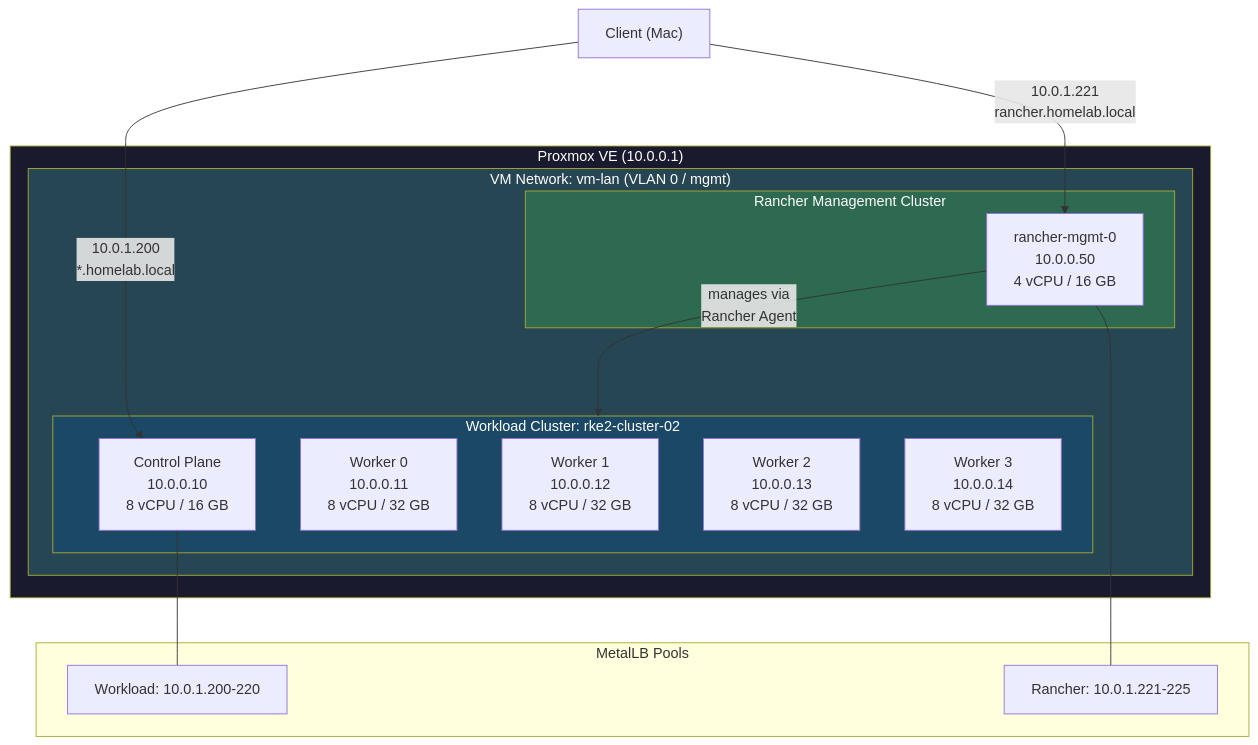
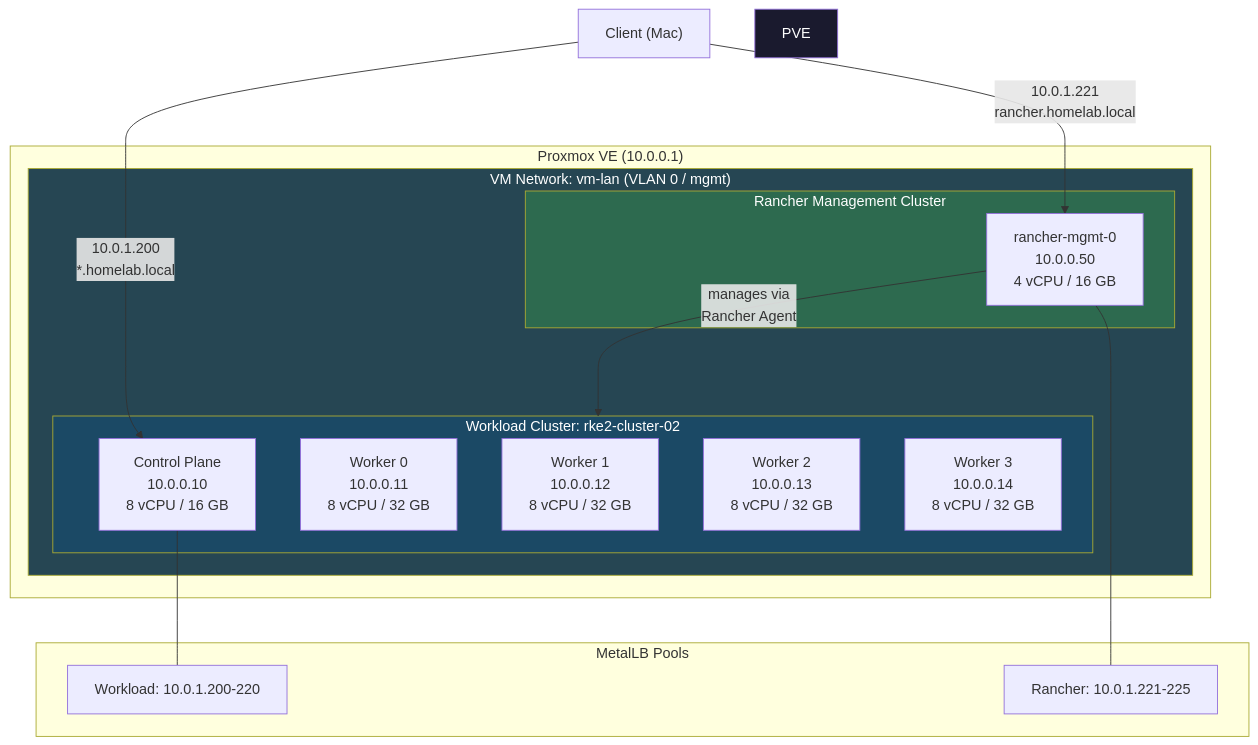
Before and after one commit to kratos81/production-homelab: the first of 9 diagrams in README.md, drawn with Mermaid. The commit also changed other lines of this file and 27 other files, not shown here.

Commit message:
Update all architecture diagrams and docs for Proxmox VE

````diff
--- a/README.md
+++ b/README.md
@@ -170,36 +170,36 @@
 ```mermaid
 graph TB
-    subgraph Harvester["Proxmox VE (10.0.0.1)"]
+    subgraph Proxmox["Proxmox VE (10.0.0.1)"]
         subgraph Network["VM Network: vm-lan (VLAN 0 / mgmt)"]
             subgraph Rancher["Rancher Management Cluster"]
                 RM0["rancher-mgmt-0<br/>10.0.0.50<br/>4 vCPU / 16 GB"]
             end
 
             subgraph Cluster02["Workload Cluster: rke2-cluster-02"]
                 CP0["Control Plane<br/>10.0.0.10<br/>8 vCPU / 16 GB"]
                 W0["Worker 0<br/>10.0.0.11<br/>8 vCPU / 32 GB"]
                 W1["Worker 1<br/>10.0.0.12<br/>8 vCPU / 32 GB"]
                 W2["Worker 2<br/>10.0.0.13<br/>8 vCPU / 32 GB"]
                 W3["Worker 3<br/>10.0.0.14<br/>8 vCPU / 32 GB"]
             end
         end
     end
 
     RM0 -->|"manages via<br/>Rancher Agent"| Cluster02
 
     Client["Client (Mac)"] -->|"10.0.1.221<br/>rancher.homelab.local"| RM0
     Client -->|"10.0.1.200<br/>*.homelab.local"| CP0
 
     subgraph LB["MetalLB Pools"]
         Pool1["Workload: 10.0.1.200-220"]
         Pool2["Rancher: 10.0.1.221-225"]
     end
 
     CP0 --- Pool1
     RM0 --- Pool2
 
-    style Harvester fill:#1a1a2e,color:#fff
+    style PVE fill:#1a1a2e,color:#fff
     style Rancher fill:#2d6a4f,color:#fff
     style Cluster02 fill:#1b4965,color:#fff
     style Network fill:#264653,color:#fff
 ```
````
